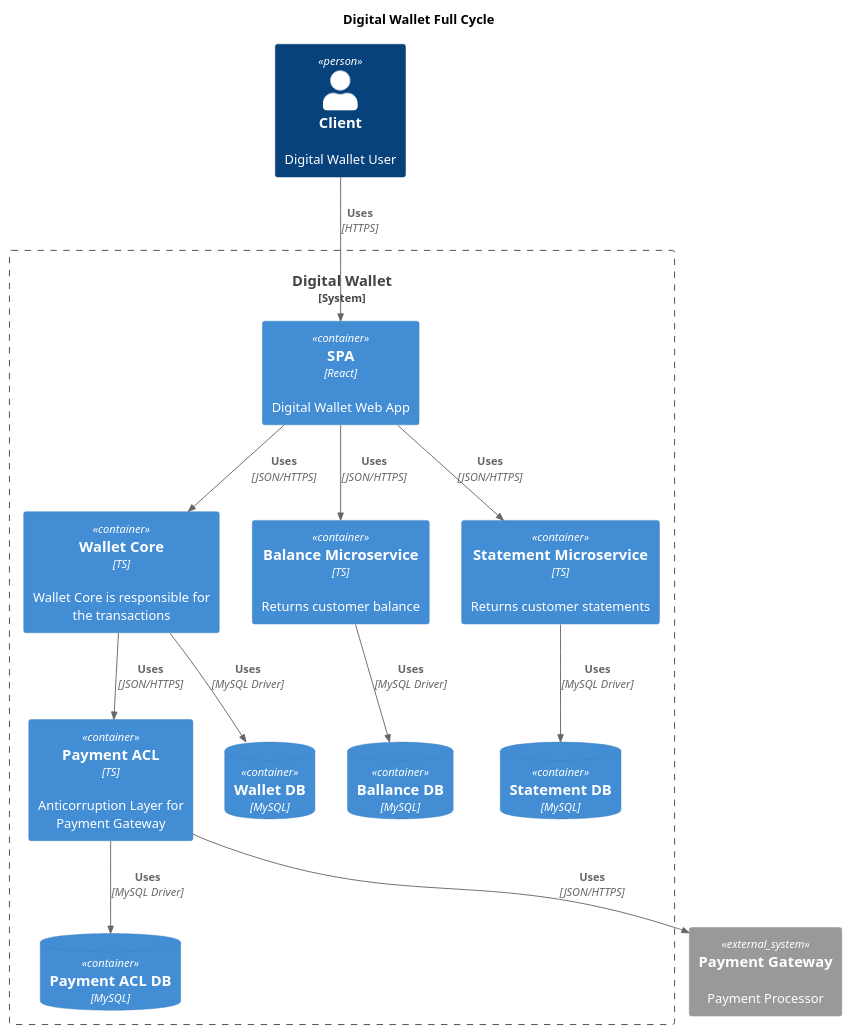
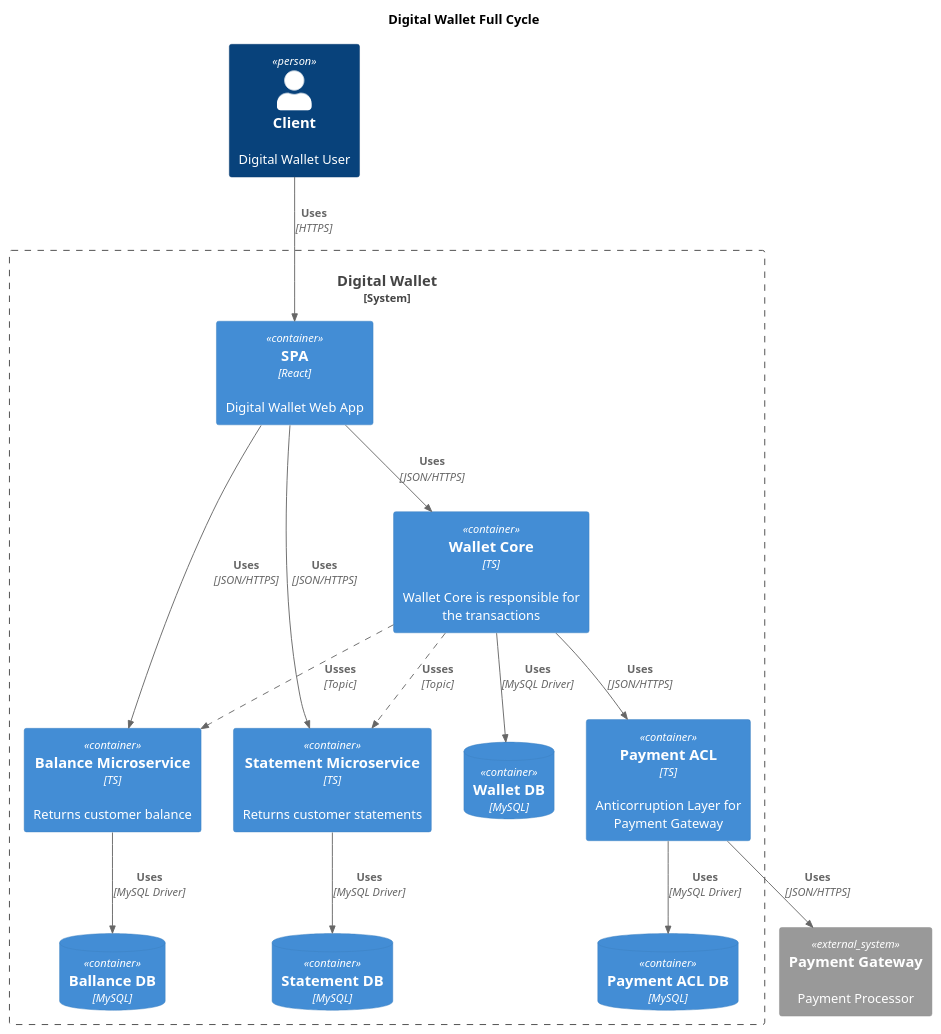
One commit to a-martins/digital-wallet-plant-uml changed the diagram in containers.puml. Above: the diagram before and after it, drawn with PlantUML.

Commit message:
Adding async relationship between containers to sync data

```diff
--- a/containers.puml
+++ b/containers.puml
@@ -1,38 +1,42 @@
 @startuml
 !include https://raw.githubusercontent.com/plantuml-stdlib/C4-PlantUML/master/C4_Container.puml
+AddRelTag("async", $lineStyle = DashedLine())
 
 title "Digital Wallet Full Cycle"
 
 Person(client, "Client", "Digital Wallet User")
 
 System_Ext(payment_gateway, "Payment Gateway", "Payment Processor")
 
 System_Boundary(digital_wallet, "Digital Wallet"){
   Container(spa, "SPA", "React", "Digital Wallet Web App")
   Container(wallet_core, "Wallet Core", "TS", "Wallet Core is responsible for the transactions")
   Container(balance_service, "Balance Microservice", "TS", "Returns customer balance")
   Container(statement_service, "Statement Microservice", "TS", "Returns customer statements")
   Container(payment_acl, "Payment ACL", "TS", "Anticorruption Layer for Payment Gateway")
 
   ContainerDb(wallet_core_db, "Wallet DB", "MySQL")
   Rel(wallet_core, wallet_core_db, "Uses", "MySQL Driver")
 
   ContainerDb(ballance_db, "Ballance DB", "MySQL")
   Rel(balance_service, ballance_db, "Uses", "MySQL Driver")
 
   ContainerDb(statement_db, "Statement DB", "MySQL")
   Rel(statement_service, statement_db, "Uses", "MySQL Driver")
 
   ContainerDb(payment_acl_db, "Payment ACL DB", "MySQL")
   Rel(payment_acl, payment_acl_db, "Uses", "MySQL Driver")
 
   Rel(client, spa, "Uses", "HTTPS")
   Rel(spa, wallet_core, "Uses", "JSON/HTTPS")
   Rel(spa, balance_service, "Uses", "JSON/HTTPS")
   Rel(spa, statement_service, "Uses", "JSON/HTTPS")
 
   Rel(wallet_core, payment_acl, "Uses", "JSON/HTTPS")
   Rel(payment_acl, payment_gateway, "Uses", "JSON/HTTPS")
+
+  Rel(wallet_core, balance_service, "Usses", "Topic", $tags = "async")
+  Rel(wallet_core, statement_service, "Usses", "Topic", $tags = "async")
 }
 
 @enduml
```
